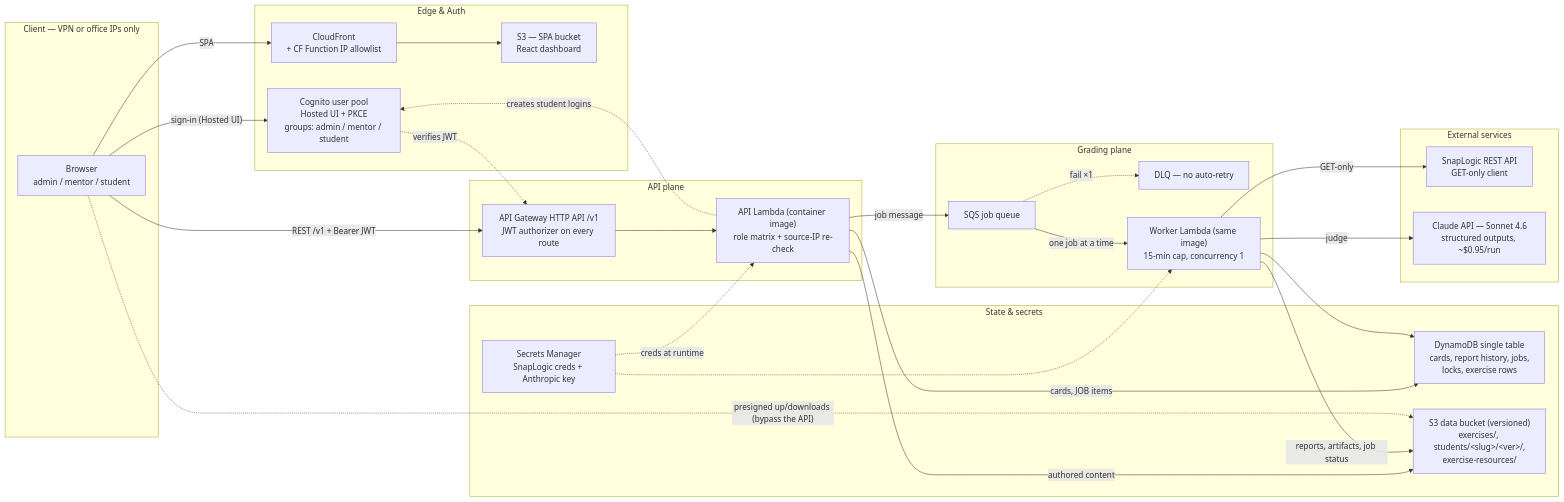
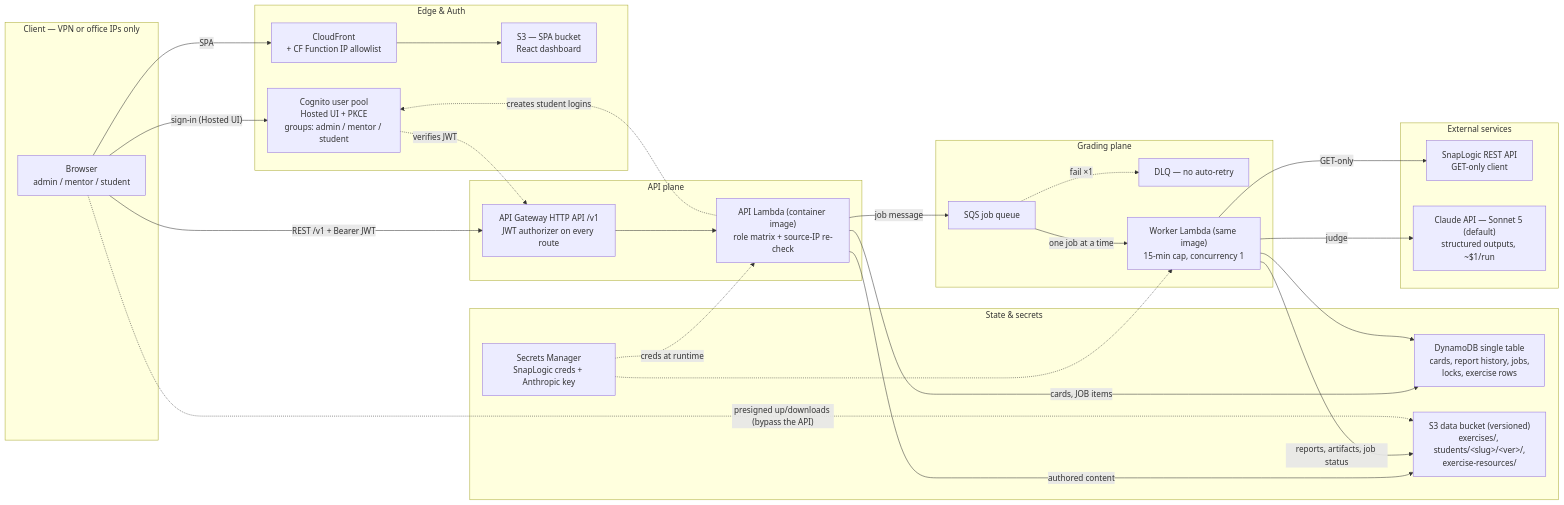
The diagram in SOLUTION_OVERVIEW.md (apchevski/snaplogic-exercise-evaluator), drawn with Mermaid before and after one commit. The commit also changed other lines of this file and 40 other files, not shown here.

````diff
--- a/SOLUTION_OVERVIEW.md
+++ b/SOLUTION_OVERVIEW.md
@@ -55,52 +56,52 @@
 ```mermaid
 flowchart LR
     subgraph client [Client — VPN or office IPs only]
         B["Browser<br/>admin / mentor / student"]
     end
 
     subgraph edge [Edge & Auth]
         CF["CloudFront<br/>+ CF Function IP allowlist"]
         SPA["S3 — SPA bucket<br/>React dashboard"]
         COG["Cognito user pool<br/>Hosted UI + PKCE<br/>groups: admin / mentor / student"]
     end
 
     subgraph apiplane [API plane]
         APIGW["API Gateway HTTP API /v1<br/>JWT authorizer on every route"]
         API["API Lambda (container image)<br/>role matrix + source-IP re-check"]
     end
 
     subgraph grading [Grading plane]
         SQS["SQS job queue"]
         DLQ["DLQ — no auto-retry"]
         W["Worker Lambda (same image)<br/>15-min cap, concurrency 1"]
     end
 
     subgraph state [State & secrets]
         DDB["DynamoDB single table<br/>cards, report history, jobs,<br/>locks, exercise rows"]
         S3D["S3 data bucket (versioned)<br/>exercises/, students/&lt;slug&gt;/&lt;ver&gt;/,<br/>exercise-resources/"]
         SEC["Secrets Manager<br/>SnapLogic creds + Anthropic key"]
     end
 
     subgraph external [External services]
         SL["SnapLogic REST API<br/>GET-only client"]
-        CL["Claude API — Sonnet 4.6<br/>structured outputs, ~$0.95/run"]
+        CL["Claude API — Sonnet 5 (default)<br/>structured outputs, ~$1/run"]
     end
 
     B -->|SPA| CF --> SPA
     B -->|"sign-in (Hosted UI)"| COG
     COG -.->|verifies JWT| APIGW
     B -->|"REST /v1 + Bearer JWT"| APIGW --> API
     API -->|cards, JOB items| DDB
     API -->|authored content| S3D
     API -->|job message| SQS
     API -.->|creates student logins| COG
     SQS -->|one job at a time| W
     SQS -.->|fail ×1| DLQ
     W -->|GET-only| SL
     W -->|judge| CL
     W -->|"reports, artifacts, job status"| S3D
     W --> DDB
     SEC -.->|creds at runtime| API
     SEC -.-> W
     B -.->|"presigned up/downloads (bypass the API)"| S3D
 ```
````
